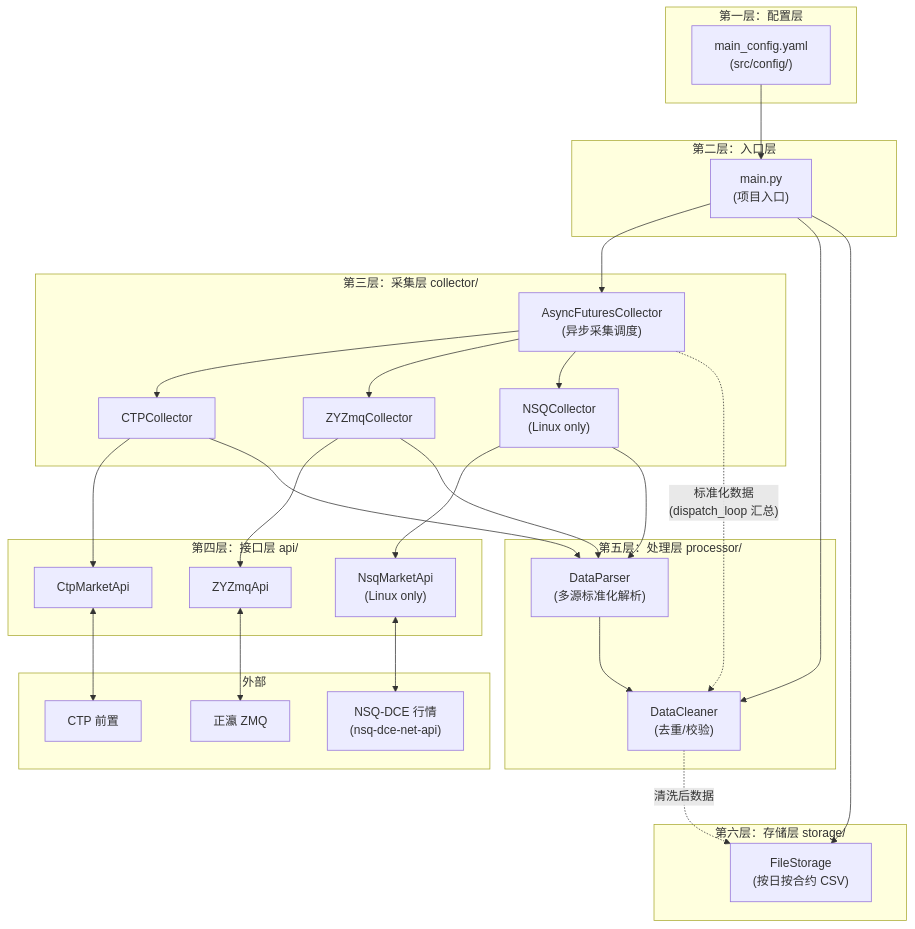
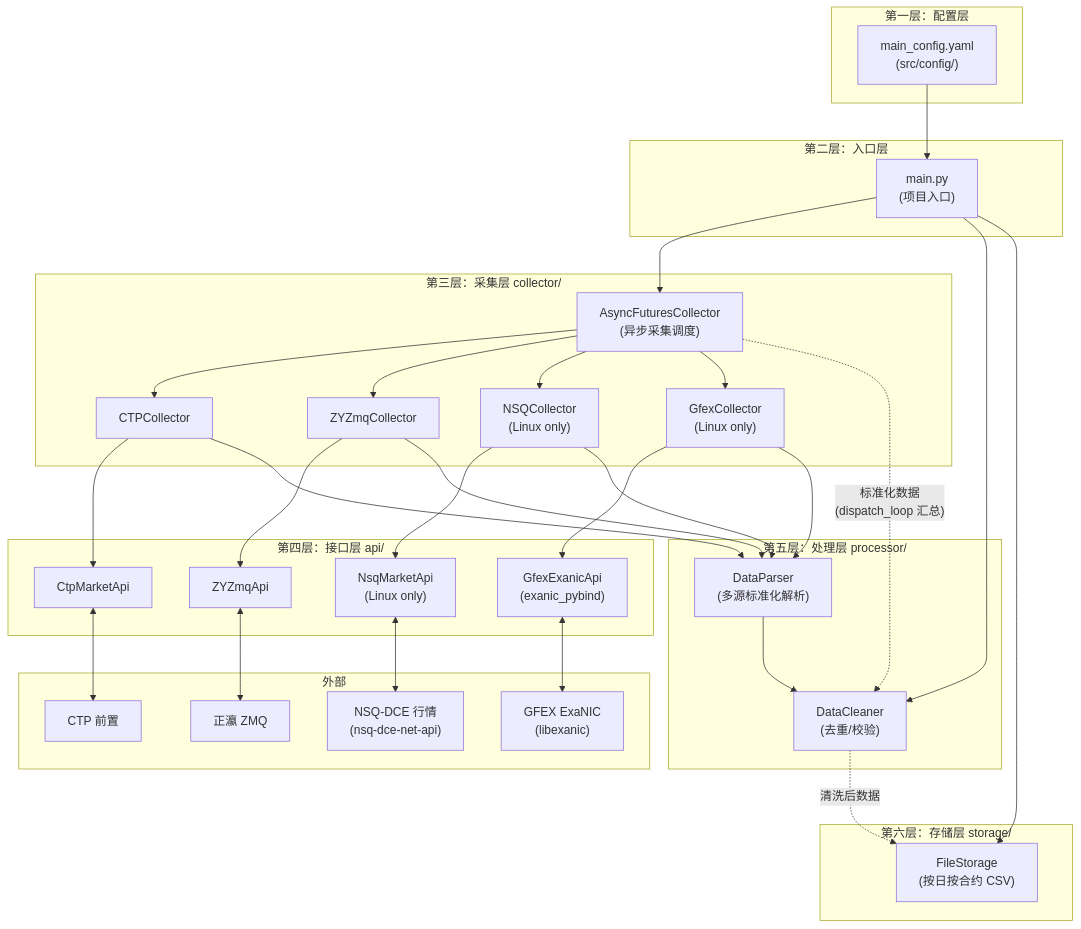
Before and after one commit to dancing-clown/futures_quant_framework: the first of 2 diagrams in README.md, drawn with Mermaid. The commit also changed other lines of this file and 60 other files, not shown here.

First line of the commit message:
feat: 添加 GFEX ExaNIC 行情源支持

````diff
--- a/README.md
+++ b/README.md
@@ -25,58 +25,65 @@
 ```mermaid
 flowchart TB
     subgraph L1["第一层：配置层"]
         Config["main_config.yaml\n(src/config/)"]
     end
 
     subgraph L2["第二层：入口层"]
         Main["main.py\n(项目入口)"]
     end
 
     subgraph L3["第三层：采集层 collector/"]
         AsyncCollector["AsyncFuturesCollector\n(异步采集调度)"]
         CTPCollector["CTPCollector"]
         ZYCollector["ZYZmqCollector"]
         NSQCollector["NSQCollector\n(Linux only)"]
+        GfexCollector["GfexCollector\n(Linux only)"]
         AsyncCollector --> CTPCollector
         AsyncCollector --> ZYCollector
         AsyncCollector --> NSQCollector
+        AsyncCollector --> GfexCollector
     end
 
     subgraph L4["第四层：接口层 api/"]
         CtpApi["CtpMarketApi"]
         ZyApi["ZYZmqApi"]
         NsqApi["NsqMarketApi\n(Linux only)"]
+        GfexApi["GfexExanicApi\n(exanic_pybind)"]
     end
 
     subgraph L5["第五层：处理层 processor/"]
         Parser["DataParser\n(多源标准化解析)"]
         Cleaner["DataCleaner\n(去重/校验)"]
         Parser --> Cleaner
     end
 
     subgraph L6["第六层：存储层 storage/"]
         FileStorage["FileStorage\n(按日按合约 CSV)"]
     end
 
     subgraph EXT["外部"]
         CTP["CTP 前置"]
         ZMQ["正瀛 ZMQ"]
         NSQ["NSQ-DCE 行情\n(nsq-dce-net-api)"]
+        GFEX["GFEX ExaNIC\n(libexanic)"]
     end
 
     Config --> Main
     Main --> AsyncCollector
     Main --> Cleaner
     Main --> FileStorage
     CTPCollector --> CtpApi
     CTPCollector --> Parser
     ZYCollector --> ZyApi
     ZYCollector --> Parser
     NSQCollector --> NsqApi
     NSQCollector --> Parser
+    GfexCollector --> GfexApi
+    GfexCollector --> Parser
     CtpApi <--> CTP
     ZyApi <--> ZMQ
     NsqApi <--> NSQ
+    GfexApi <--> GFEX
     AsyncCollector -.->|"标准化数据\n(dispatch_loop 汇总)"| Cleaner
     Cleaner -.->|"清洗后数据"| FileStorage
 ```
````
